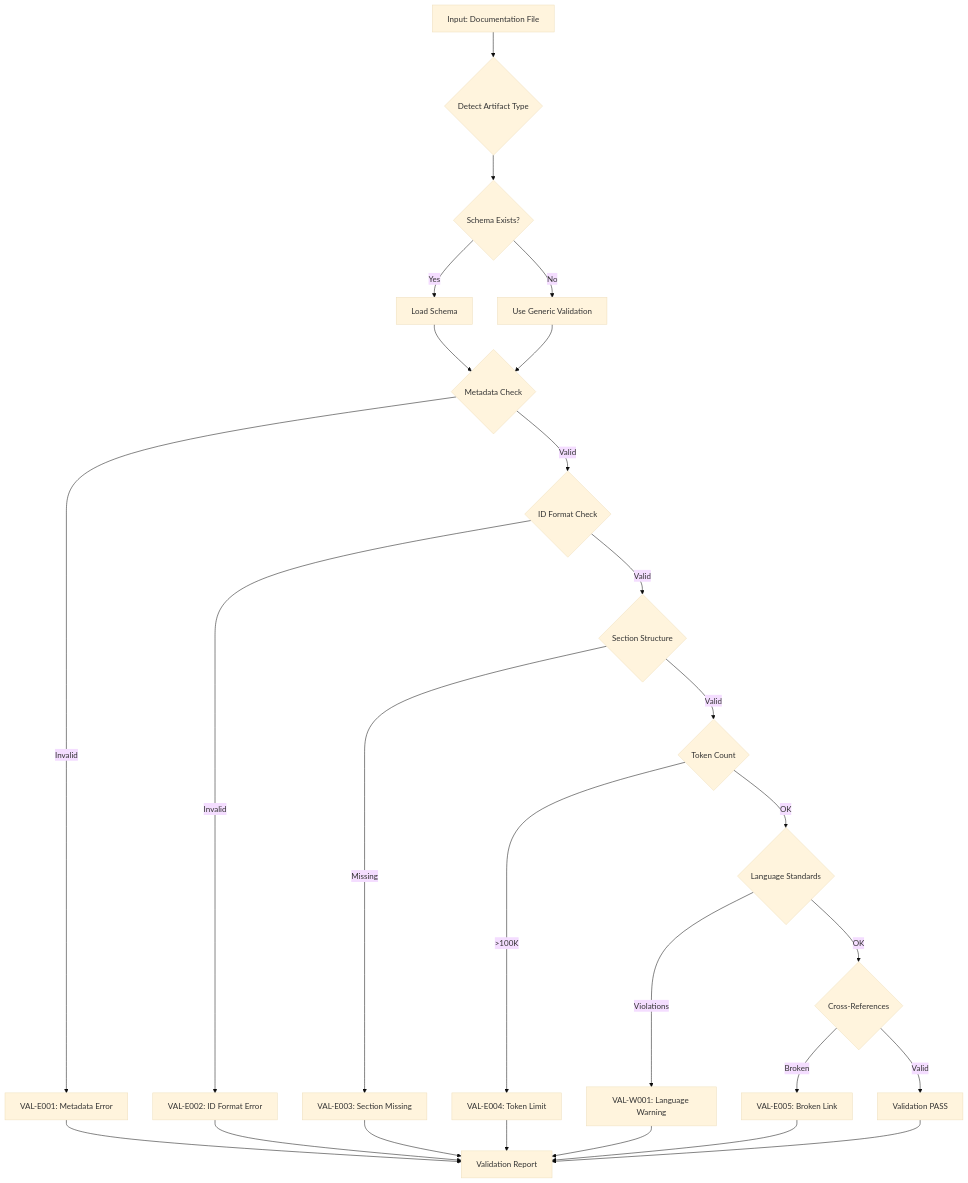
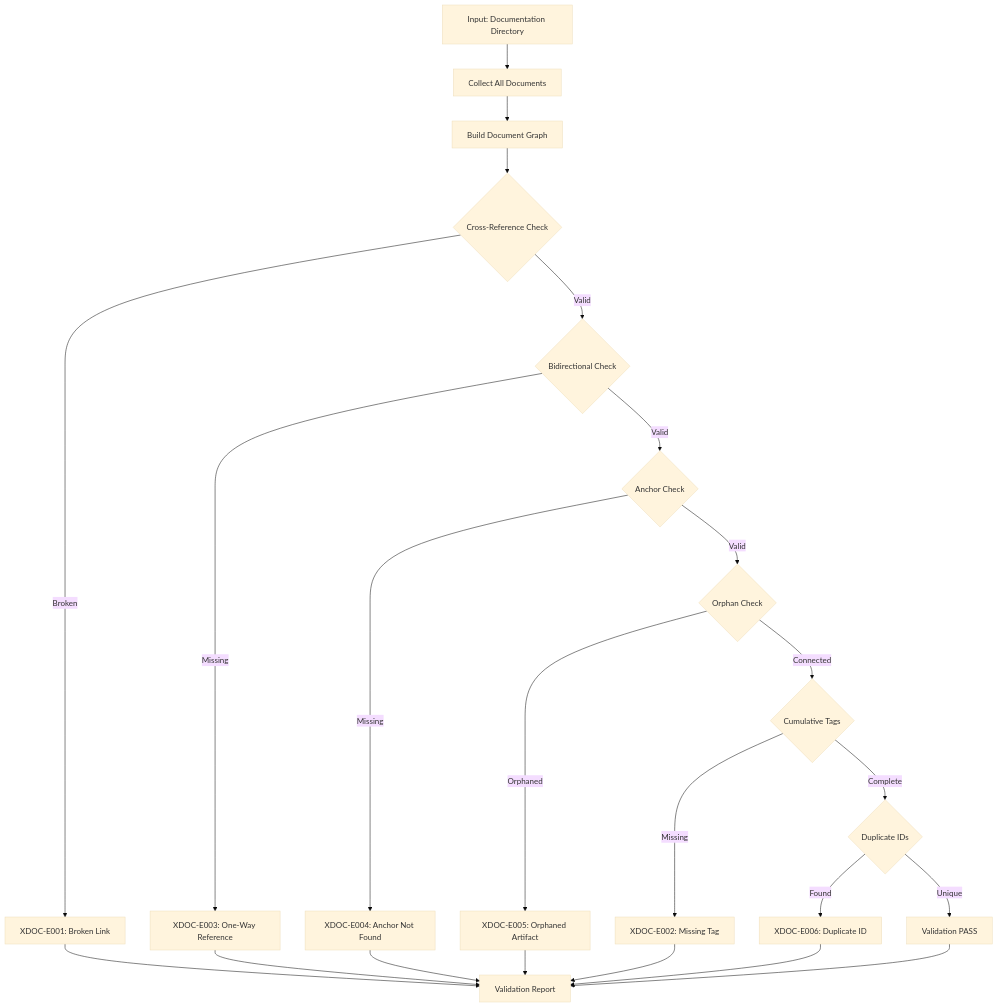
The diagram in .claude/skills/doc-validator/SKILL.md (vladm3105/aidoc-flow-framework), drawn with Mermaid (base theme) before and after one commit. The commit also changed other lines of this file and 12 other files, not shown here.

First line of the commit message:
docs(doc-validator): Reposition skill for cross-document SDD validation

````diff
--- a/.claude/skills/doc-validator/SKILL.md
+++ b/.claude/skills/doc-validator/SKILL.md
@@ -158,29 +150,26 @@
 ```mermaid
 graph TD
-    A[Input: Documentation File] --> B{Detect Artifact Type}
-    B --> C{Schema Exists?}
-    C -->|Yes| D[Load Schema]
-    C -->|No| E[Use Generic Validation]
-    D --> F{Metadata Check}
-    E --> F
-    F -->|Invalid| G[VAL-E001: Metadata Error]
-    F -->|Valid| H{ID Format Check}
-    H -->|Invalid| I[VAL-E002: ID Format Error]
-    H -->|Valid| J{Section Structure}
-    J -->|Missing| K[VAL-E003: Section Missing]
-    J -->|Valid| L{Token Count}
-    L -->|>100K| M[VAL-E004: Token Limit]
-    L -->|OK| N{Language Standards}
-    N -->|Violations| O[VAL-W001: Language Warning]
-    N -->|OK| P{Cross-References}
-    P -->|Broken| Q[VAL-E005: Broken Link]
-    P -->|Valid| R[Validation PASS]
+    A[Input: Documentation Directory] --> B[Collect All Documents]
+    B --> C[Build Document Graph]
+    C --> D{Cross-Reference Check}
+    D -->|Broken| E[XDOC-E001: Broken Link]
+    D -->|Valid| F{Bidirectional Check}
+    F -->|Missing| G[XDOC-E003: One-Way Reference]
+    F -->|Valid| H{Anchor Check}
+    H -->|Missing| I[XDOC-E004: Anchor Not Found]
+    H -->|Valid| J{Orphan Check}
+    J -->|Orphaned| K[XDOC-E005: Orphaned Artifact]
+    J -->|Connected| L{Cumulative Tags}
+    L -->|Missing| M[XDOC-E002: Missing Tag]
+    L -->|Complete| N{Duplicate IDs}
+    N -->|Found| O[XDOC-E006: Duplicate ID]
+    N -->|Unique| P[Validation PASS]
 
-    G --> S[Validation Report]
-    I --> S
-    K --> S
-    M --> S
-    O --> S
-    Q --> S
-    R --> S
+    E --> Q[Validation Report]
+    G --> Q
+    I --> Q
+    K --> Q
+    M --> Q
+    O --> Q
+    P --> Q
 ```
````
